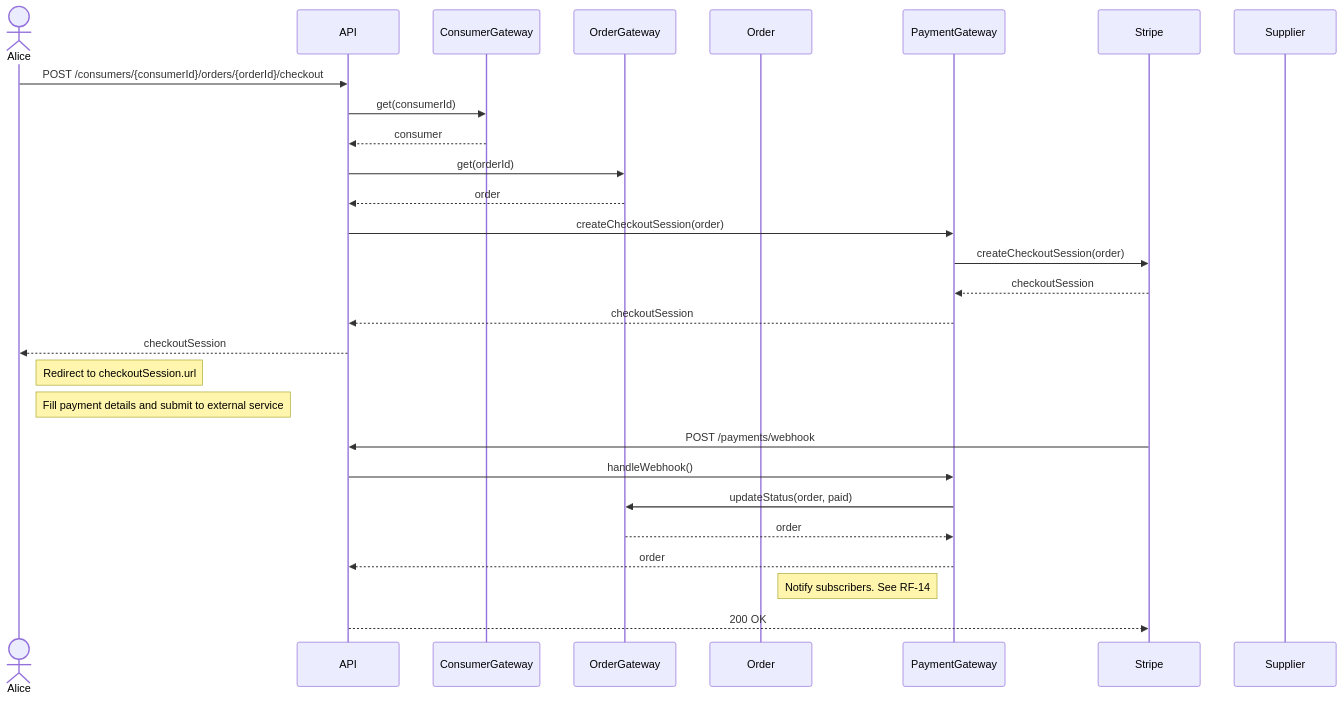
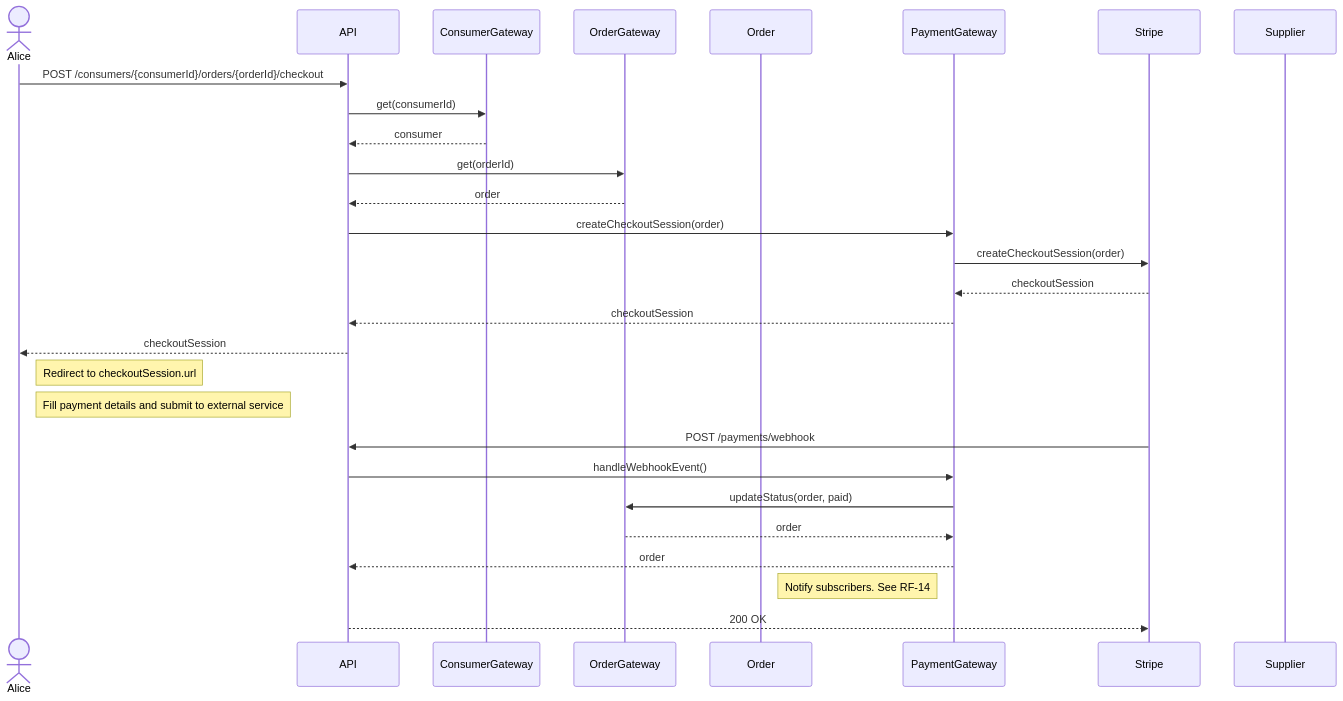
Diagram 15 of 32 in sequence.md (hivetown/planning), drawn with Mermaid before and after one commit. The commit also changed other lines of this file, not shown here.

````diff
--- a/sequence.md
+++ b/sequence.md
@@ -516,39 +537,39 @@
 ```mermaid
 sequenceDiagram
     actor A as Alice
     participant API
     participant CG as ConsumerGateway
     participant OG as OrderGateway
     participant O as Order
     participant PG as PaymentGateway
     participant S as Stripe
     participant Su as Supplier
 
     A ->> API: POST /consumers/{consumerId}/orders/{orderId}/checkout
 
     API ->> CG: get(consumerId)
     CG -->> API: consumer
 
     API ->> OG: get(orderId)
     OG -->> API: order
 
     API ->> PG: createCheckoutSession(order)
     PG ->> S: createCheckoutSession(order)
     S -->> PG: checkoutSession
     PG -->> API: checkoutSession
 
     API -->> A: checkoutSession
 
     Note right of A: Redirect to checkoutSession.url
     Note right of A: Fill payment details and submit to external service
 
     S ->> API: POST /payments/webhook
-    API ->> PG: handleWebhook()
+    API ->> PG: handleWebhookEvent()
     PG ->> OG: updateStatus(order, paid)
     OG -->> PG: order
     PG -->> API: order
 
     Note right of O: Notify subscribers. See RF-14
 
     API -->> S: 200 OK
 ```
````
